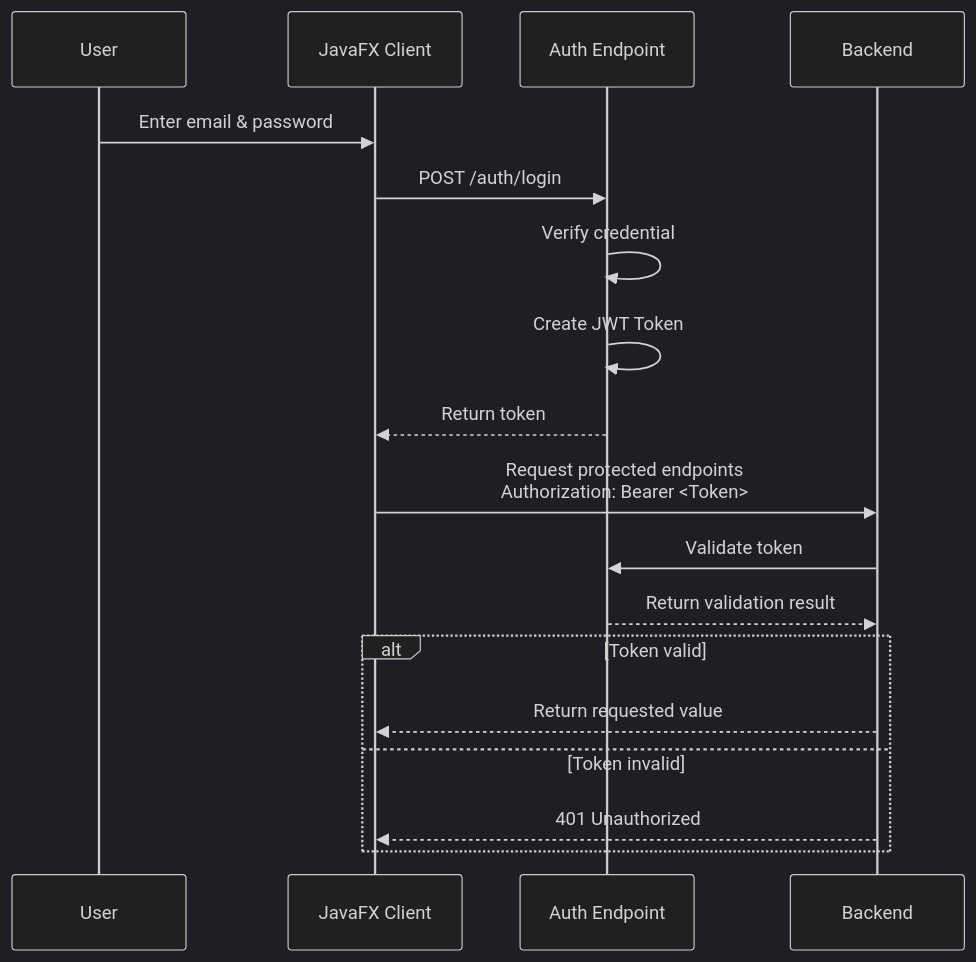
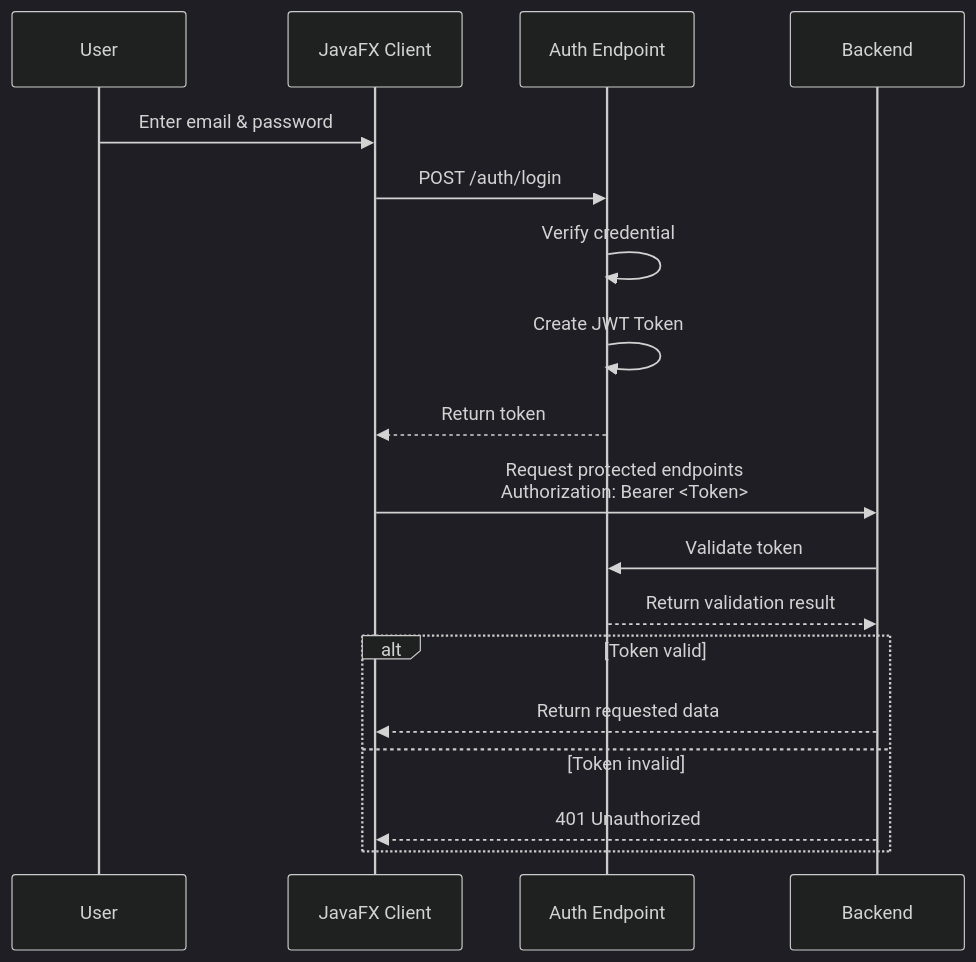
One commit to aroushirfan/CEMS changed the diagram in AuthFlow.md. Above: the diagram before and after it, drawn with Mermaid (dark theme).

Commit message:
Update response message from 'value' to 'data'

````diff
--- a/AuthFlow.md
+++ b/AuthFlow.md
@@ -1,24 +1,24 @@
 ```mermaid
 sequenceDiagram
   participant User as User
   participant Client as JavaFX Client
   participant Auth as Auth Endpoint
   participant Back as Backend
 
   User ->> Client: Enter email & password
   Client ->> Auth: POST /auth/login
   Auth ->> Auth: Verify credential
   Auth ->> Auth: Create JWT Token
   Auth -->> Client: Return token
 
   Client ->> Back: Request protected endpoints <br> Authorization: Bearer <Token>
 
   Back ->> Auth: Validate token
   Auth -->> Back: Return validation result
 
   alt Token valid
-    Back -->> Client: Return requested value
+    Back -->> Client: Return requested data
   else Token invalid
     Back -->> Client: 401 Unauthorized
   end
 ```
````
